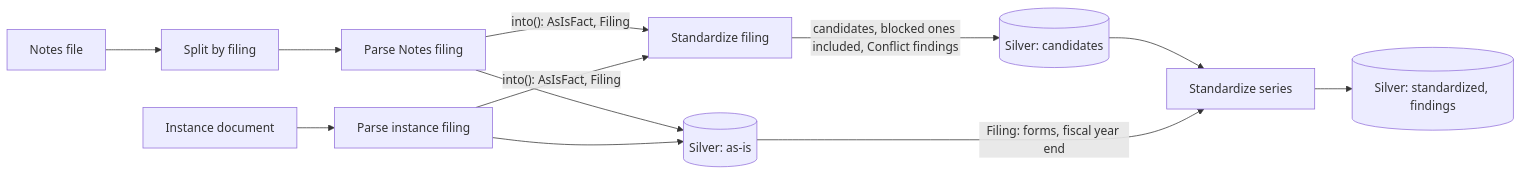
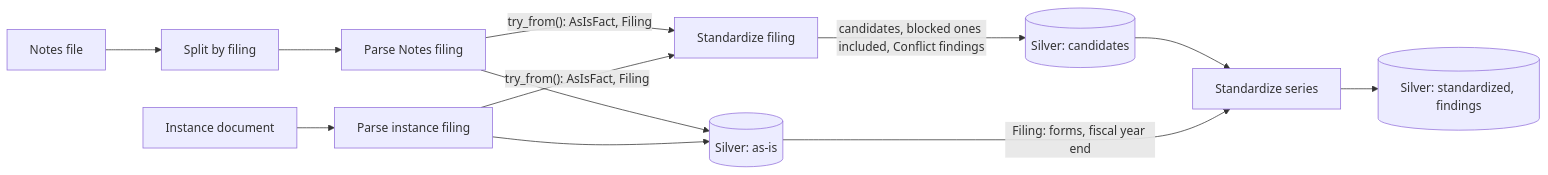
The second of 2 diagrams in xbrl/DESIGN.md (ironcapitaleu/arkad), drawn with Mermaid before and after one commit. The commit also changed other lines of this file and 12 other files, not shown here.

First line of the commit message:
feat(sec): add the StandardizeFiling state of the filing machine (#688)

````diff
--- a/xbrl/DESIGN.md
+++ b/xbrl/DESIGN.md
@@ -2477,13 +2477,13 @@
 ```mermaid
 flowchart LR
   NF[Notes file] --> SP[Split by filing] --> PN[Parse Notes filing]
   IX[Instance document] --> PI[Parse instance filing]
-  PN -- "into(): AsIsFact, Filing" --> SF[Standardize filing]
-  PI -- "into(): AsIsFact, Filing" --> SF
+  PN -- "try_from(): AsIsFact, Filing" --> SF[Standardize filing]
+  PI -- "try_from(): AsIsFact, Filing" --> SF
   PN --> AS[(Silver: as-is)]
   PI --> AS
   SF -- "candidates, blocked ones included, Conflict findings" --> CS[(Silver: candidates)]
   CS --> SE[Standardize series]
   AS -- "Filing: forms, fiscal year end" --> SE
   SE --> ST[(Silver: standardized, findings)]
 ```
````
